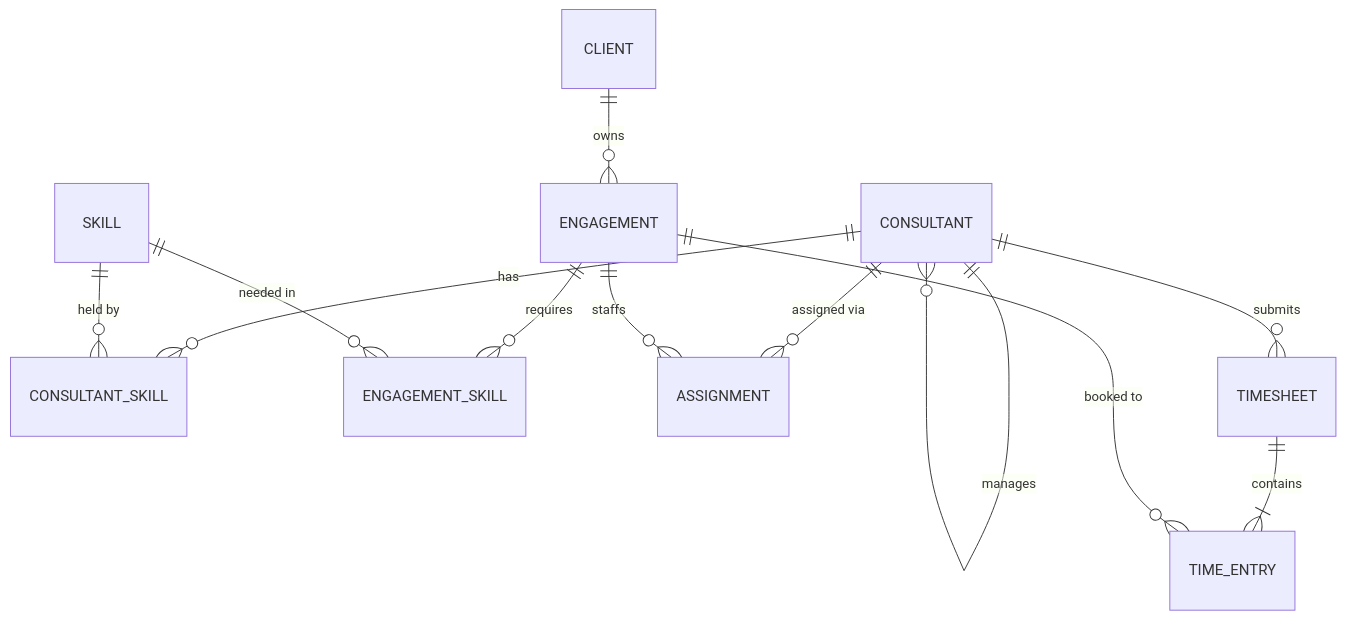
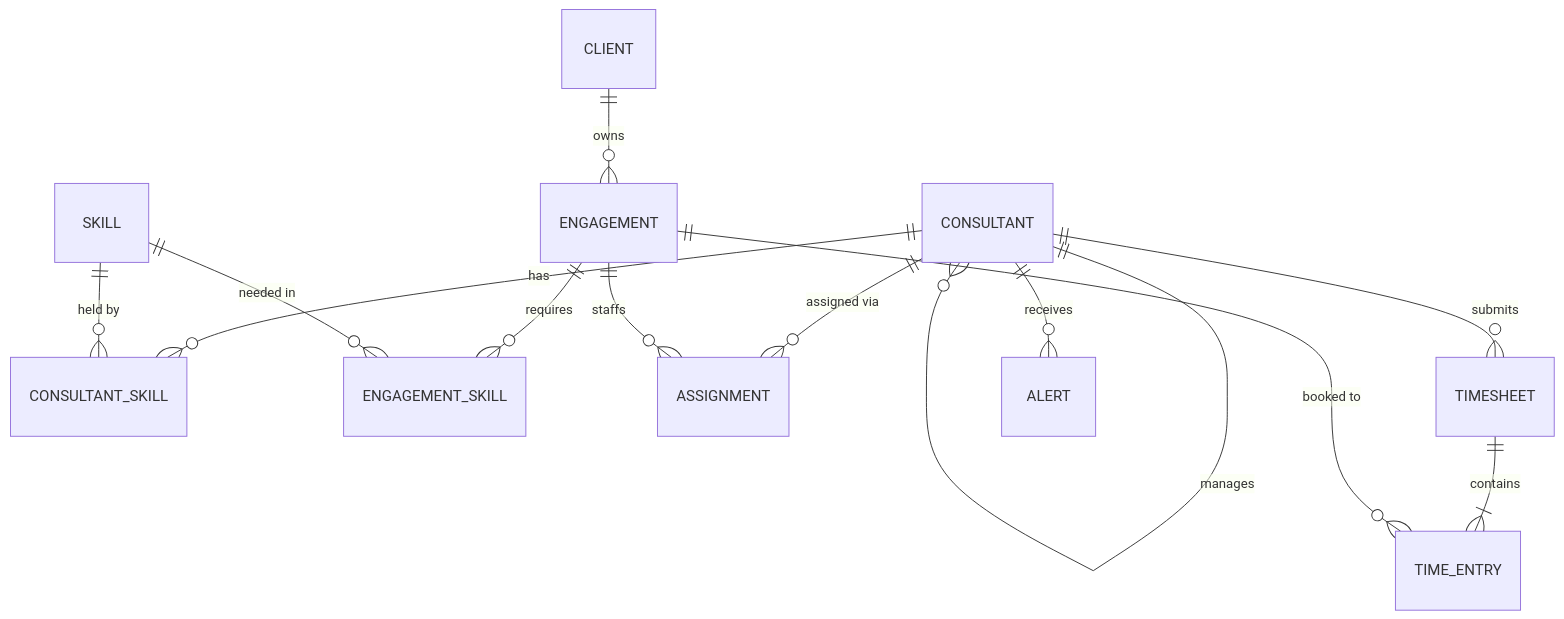
Before and after one commit to DiogoS7/Houston: the diagram in docs/data-model.md, drawn with Mermaid. The commit also changed other lines of this file and 1 other file, not shown here.

Commit message:
Docs: in-app alerts and Alert table

````diff
--- a/docs/data-model.md
+++ b/docs/data-model.md
@@ -5,14 +5,15 @@
 ```mermaid
 erDiagram
     CONSULTANT ||--o{ CONSULTANT : manages
     CONSULTANT ||--o{ CONSULTANT_SKILL : has
     SKILL ||--o{ CONSULTANT_SKILL : "held by"
     CLIENT ||--o{ ENGAGEMENT : owns
     ENGAGEMENT ||--o{ ENGAGEMENT_SKILL : requires
     SKILL ||--o{ ENGAGEMENT_SKILL : "needed in"
     CONSULTANT ||--o{ ASSIGNMENT : "assigned via"
     ENGAGEMENT ||--o{ ASSIGNMENT : staffs
     CONSULTANT ||--o{ TIMESHEET : submits
     TIMESHEET ||--|{ TIME_ENTRY : contains
     ENGAGEMENT ||--o{ TIME_ENTRY : "booked to"
+    CONSULTANT ||--o{ ALERT : receives
 ```
````
